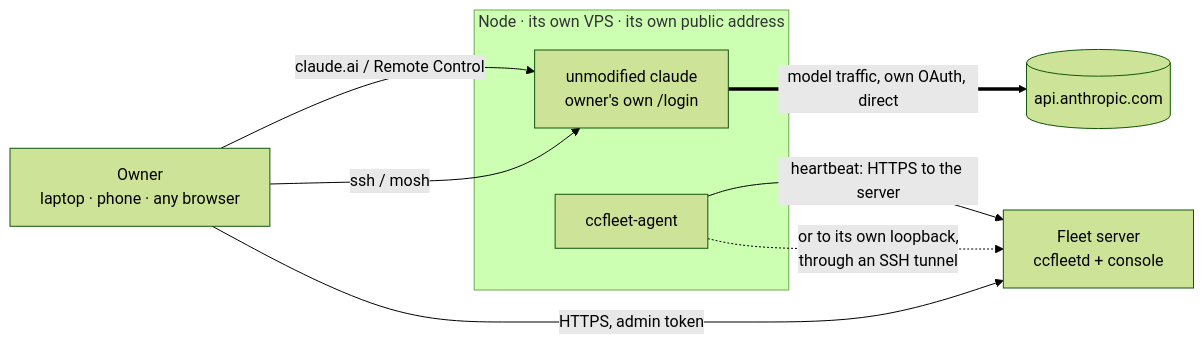
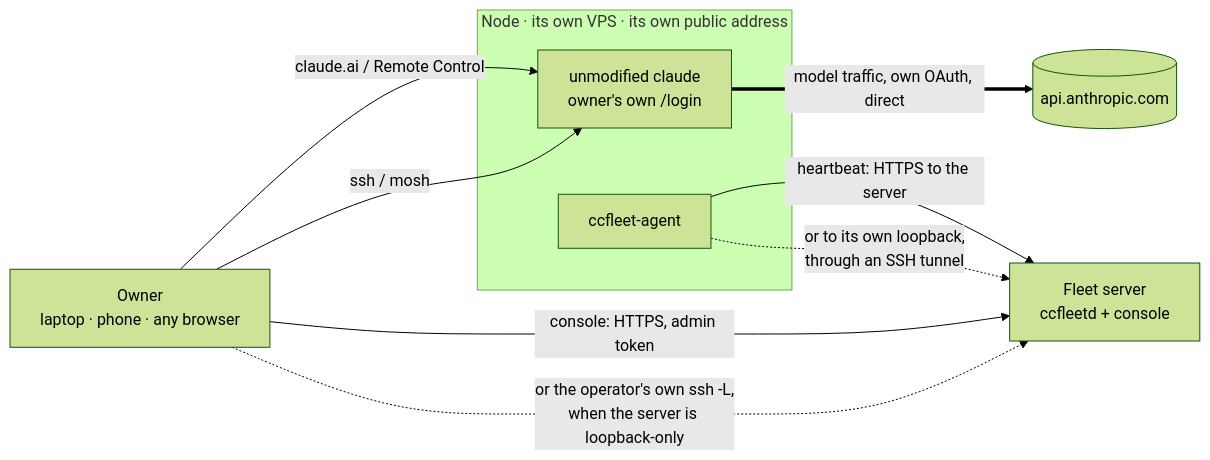
Before and after one commit to cdcupt/ccfleet: the second of 4 diagrams in docs/design.md, drawn with Mermaid (forest theme). The commit also changed other lines of this file, not shown here.

````diff
--- a/docs/design.md
+++ b/docs/design.md
@@ -42,17 +43,18 @@
 ```mermaid
 flowchart LR
   U[Owner<br/>laptop · phone · any browser]
   subgraph N [Node · its own VPS · its own public address]
     CC[unmodified claude<br/>owner's own /login]
     AG[ccfleet-agent]
   end
   FS[Fleet server<br/>ccfleetd + console]
   API[(api.anthropic.com)]
 
   U -- claude.ai / Remote Control --> CC
   U -- ssh / mosh --> CC
   CC == model traffic, own OAuth, direct ==> API
   AG -- heartbeat: HTTPS to the server --> FS
   AG -. or to its own loopback,<br/>through an SSH tunnel .-> FS
-  U -- HTTPS, admin token --> FS
+  U -- console: HTTPS, admin token --> FS
+  U -. or the operator's own ssh -L,<br/>when the server is loopback-only .-> FS
 ```
````
